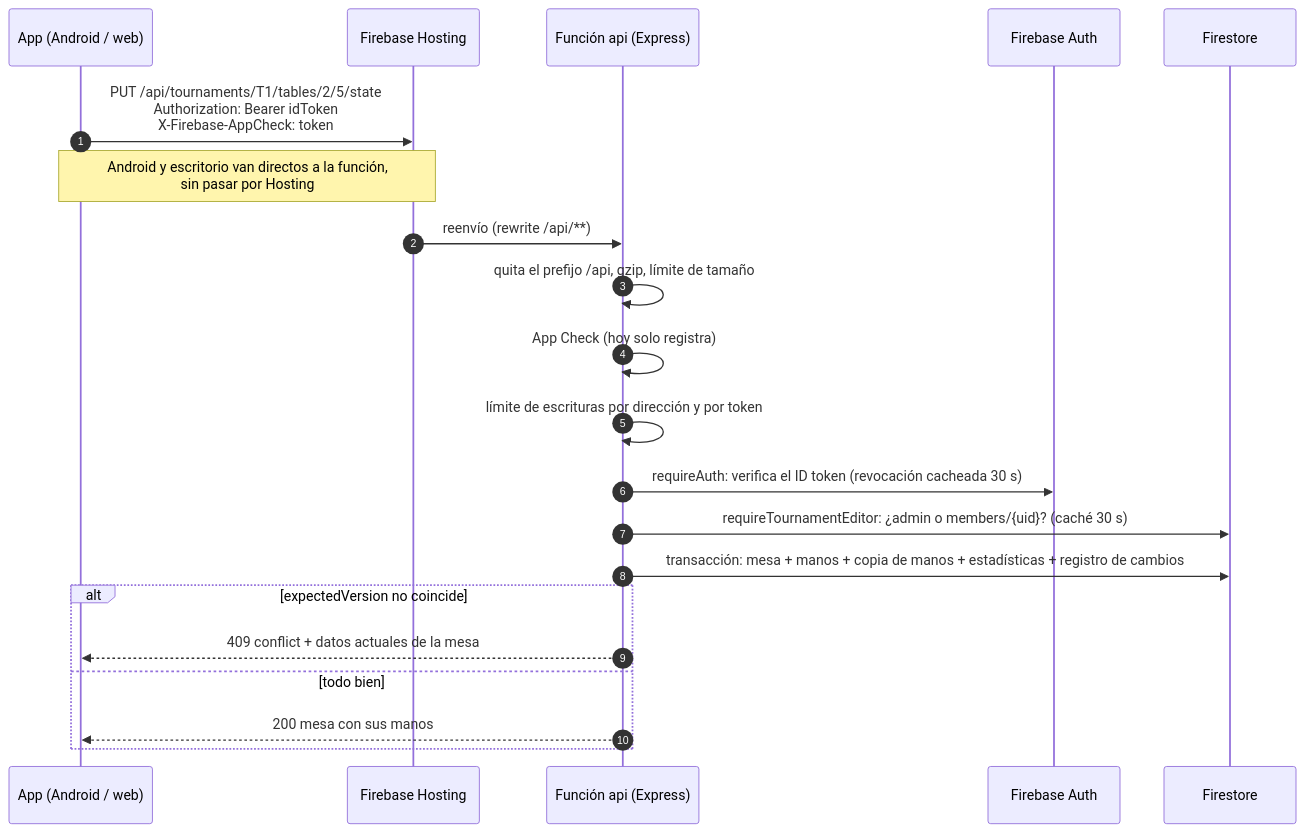
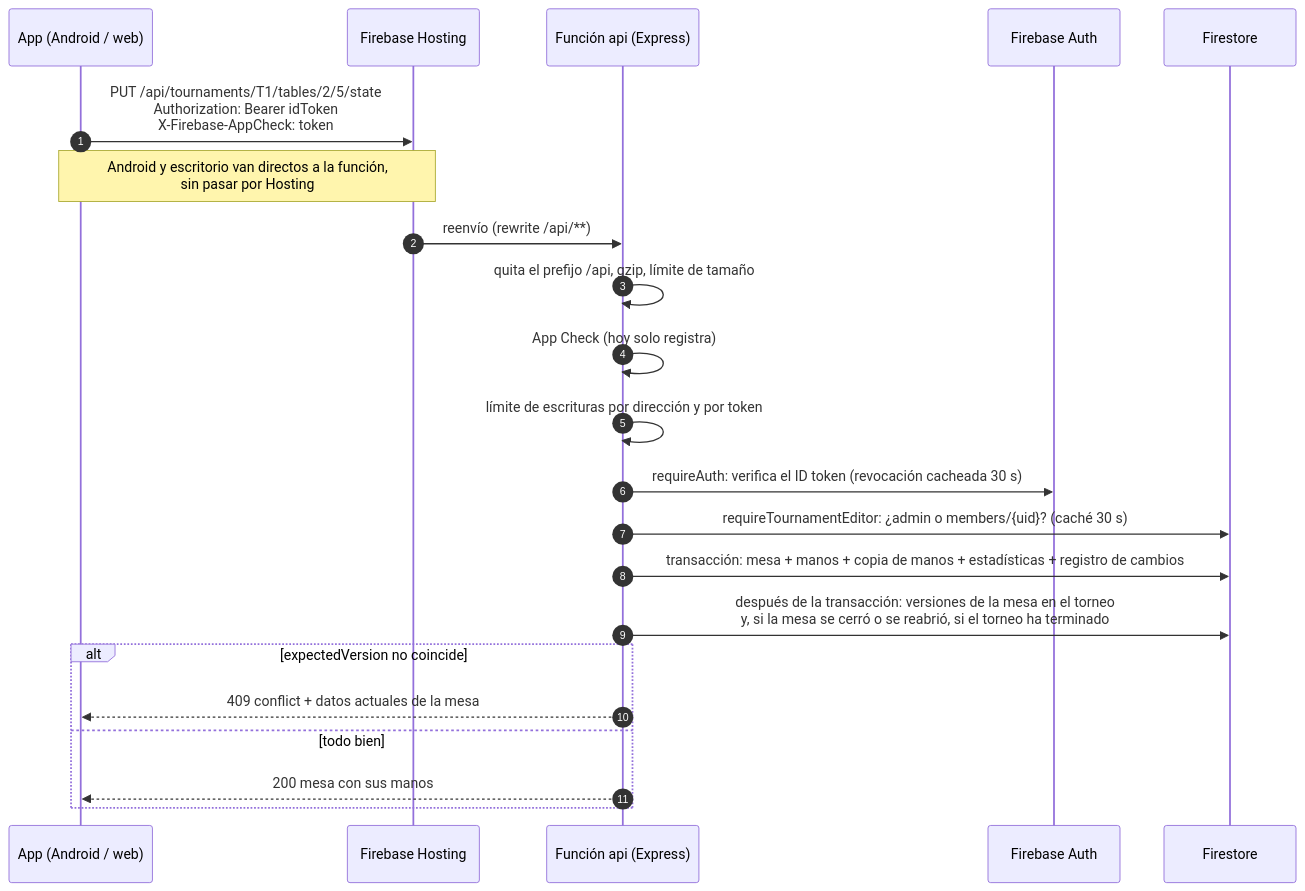
One commit to ernestovega/MahjongTournamentSuite_KMP changed the diagram in docs/arquitectura/api.md. Above: the diagram before and after it, drawn with Mermaid. The commit also changed other lines of this file and 3 other files, not shown here.

````diff
--- a/docs/arquitectura/api.md
+++ b/docs/arquitectura/api.md
@@ -37,24 +37,25 @@
 ```mermaid
 sequenceDiagram
   autonumber
   participant App as App (Android / web)
   participant H as Firebase Hosting
   participant F as Función api (Express)
   participant A as Firebase Auth
   participant DB as Firestore
 
   App->>H: PUT /api/tournaments/T1/tables/2/5/state<br/>Authorization: Bearer idToken<br/>X-Firebase-AppCheck: token
   Note over App,H: Android y escritorio van directos a la función,<br/>sin pasar por Hosting
   H->>F: reenvío (rewrite /api/**)
   F->>F: quita el prefijo /api, gzip, límite de tamaño
   F->>F: App Check (hoy solo registra)
   F->>F: límite de escrituras por dirección y por token
   F->>A: requireAuth: verifica el ID token (revocación cacheada 30 s)
   F->>DB: requireTournamentEditor: ¿admin o members/{uid}? (caché 30 s)
   F->>DB: transacción: mesa + manos + copia de manos + estadísticas + registro de cambios
+  F->>DB: después de la transacción: versiones de la mesa en el torneo<br/>y, si la mesa se cerró o se reabrió, si el torneo ha terminado
   alt expectedVersion no coincide
     F-->>App: 409 conflict + datos actuales de la mesa
   else todo bien
     F-->>App: 200 mesa con sus manos
   end
 ```
````
